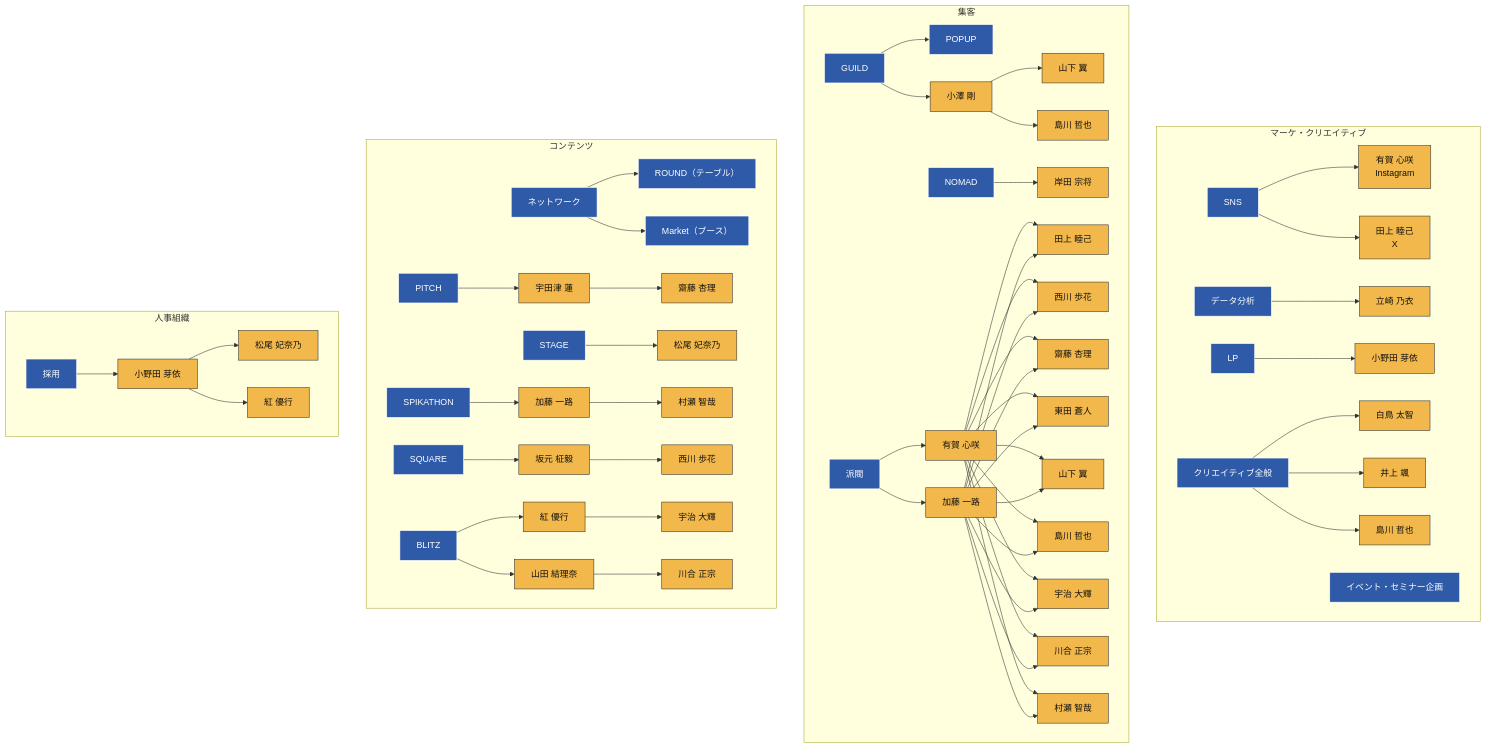
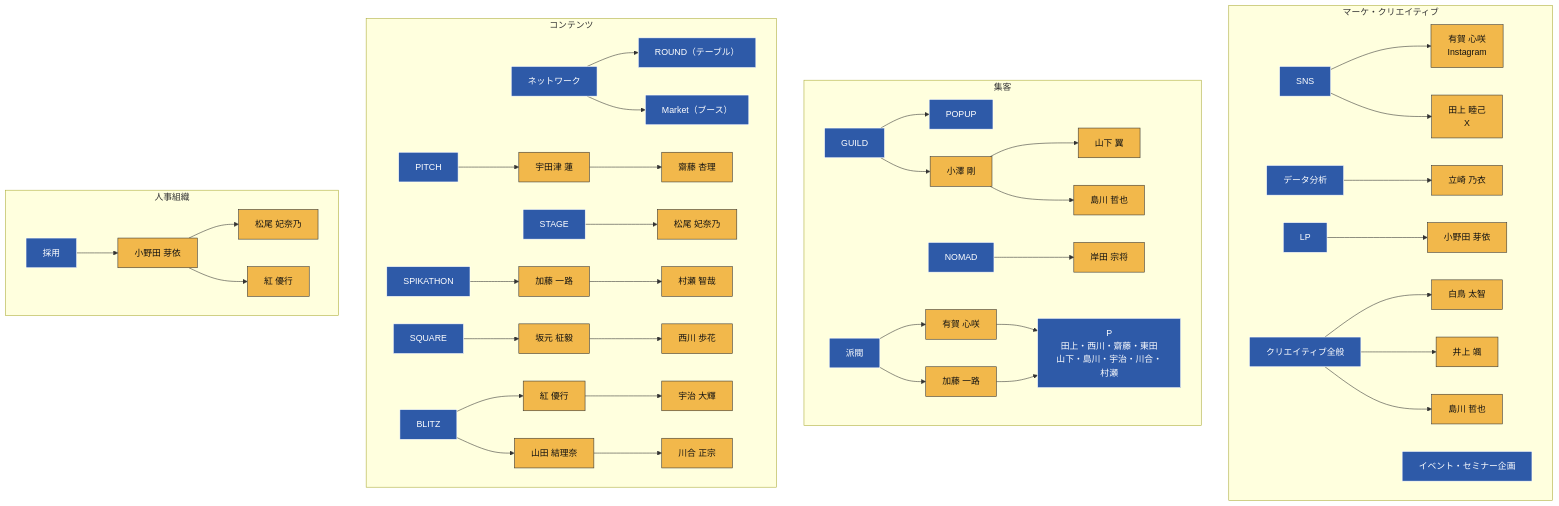
One commit to liofval/spikes_hr changed the third of 3 diagrams in spikes-org-chart.md. Above: the diagram before and after it, drawn with Mermaid. The commit also changed 1 other file, not shown here.

Commit message:
組織図: 派閥のP接続をPノード一括にまとめて簡略化

````diff
--- a/spikes-org-chart.md
+++ b/spikes-org-chart.md
@@ -112,24 +112,8 @@
       HAIBATSU[派閥]
       HAIBATSU --> ArugaP[有賀 心咲]
       HAIBATSU --> KatoP[加藤 一路]
-      ArugaP --> TagamiP[田上 睦己]
-      ArugaP --> NishikawaP[西川 歩花]
-      ArugaP --> SaitoP[齋藤 杏理]
-      ArugaP --> AzumadaP[東田 蒼人]
-      ArugaP --> YamashitaP[山下 翼]
-      ArugaP --> ShimakawaP[島川 哲也]
-      ArugaP --> UjiP[宇治 大輝]
-      ArugaP --> KawaiP[川合 正宗]
-      ArugaP --> MuraseP[村瀬 智哉]
-      KatoP --> TagamiP
-      KatoP --> NishikawaP
-      KatoP --> SaitoP
-      KatoP --> AzumadaP
-      KatoP --> YamashitaP
-      KatoP --> ShimakawaP
-      KatoP --> UjiP
-      KatoP --> KawaiP
-      KatoP --> MuraseP
+      ArugaP --> PALL["P<br/>田上・西川・齋藤・東田<br/>山下・島川・宇治・川合・村瀬"]
+      KatoP --> PALL
     end
 
     subgraph SG_CONT ["コンテンツ"]
@@ -164,6 +148,6 @@
 
     classDef role fill:#2e5aa8,stroke:#fff,color:#fff;
     classDef person fill:#f2b84b,stroke:#333,color:#111;
-    class SNS,DATA,EV,LP,GUILD,NOMAD,CREATIVE,PITCH,STAGE,SPIKATHON,NW,SQUARE,BLITZ,ROUND,MARKET,POPUP,RECRUIT,HAIBATSU role;
-    class Aruga2,Tagami2,Tatsuzaki2,Ozawa2,Yamashita2,Shimakawa2,Shimakawa3,Kishida2,Shiratori2,Inoue2,Udatsu2,Saito2,Matsuo2,Matsuo3,Kato2,Sakamoto2,Nishikawa2,Kurenai2,Kurenai3,Yamada2,Onoda2,Onoda3,Uji2,Kawai2,Murase2,ArugaP,KatoP,TagamiP,NishikawaP,SaitoP,AzumadaP,YamashitaP,ShimakawaP,UjiP,KawaiP,MuraseP person;
+    class SNS,DATA,EV,LP,GUILD,NOMAD,CREATIVE,PITCH,STAGE,SPIKATHON,NW,SQUARE,BLITZ,ROUND,MARKET,POPUP,RECRUIT,HAIBATSU,PALL role;
+    class Aruga2,Tagami2,Tatsuzaki2,Ozawa2,Yamashita2,Shimakawa2,Shimakawa3,Kishida2,Shiratori2,Inoue2,Udatsu2,Saito2,Matsuo2,Matsuo3,Kato2,Sakamoto2,Nishikawa2,Kurenai2,Kurenai3,Yamada2,Onoda2,Onoda3,Uji2,Kawai2,Murase2,ArugaP,KatoP person;
 ```
````
